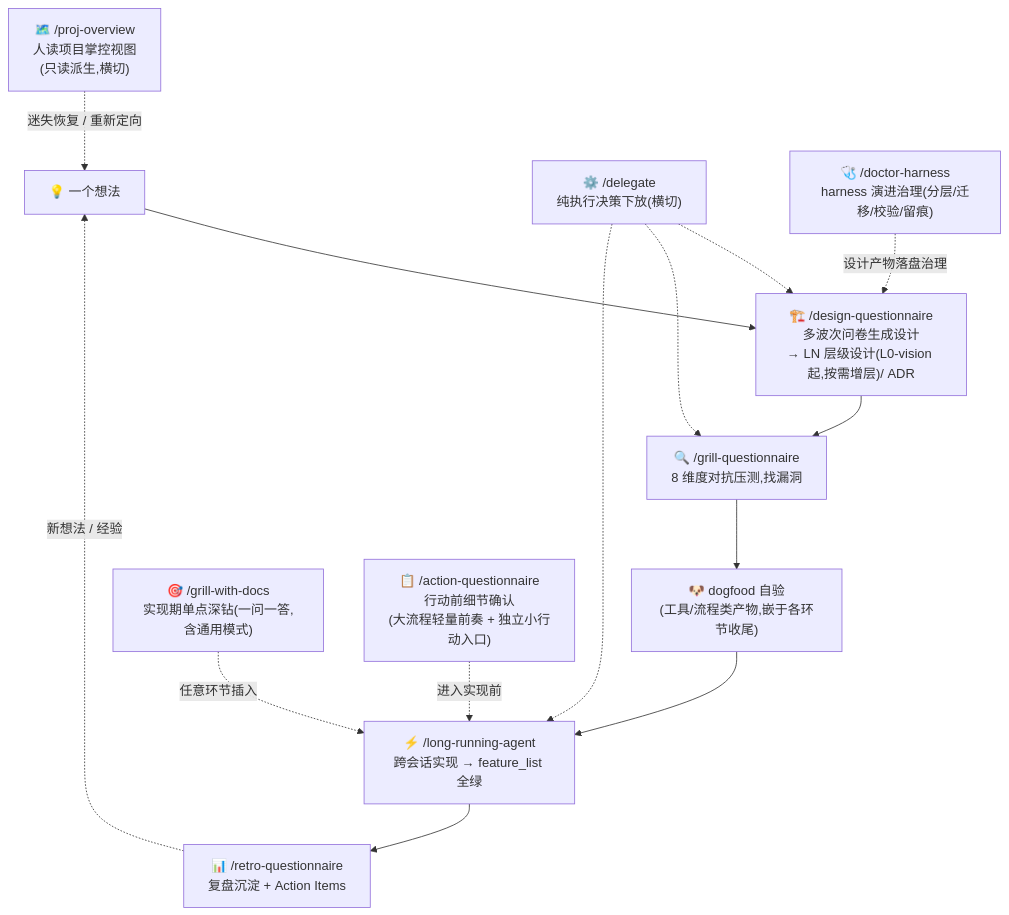
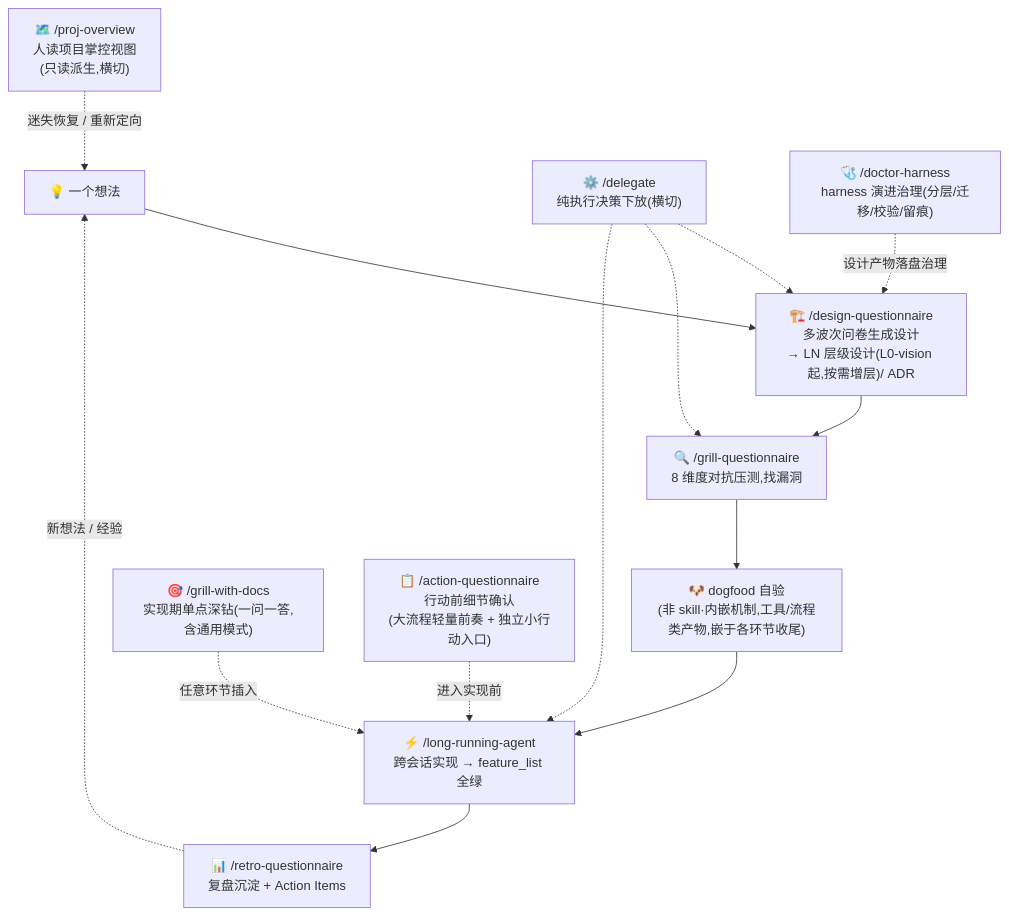
The diagram in README.md (code-cycler/info-driven-ai-se-harness-engineering), drawn with Mermaid before and after one commit. The commit also changed other lines of this file and 67 other files, not shown here.

````diff
--- a/README.md
+++ b/README.md
@@ -46,17 +46,17 @@
 ```mermaid
 flowchart TD
     A["💡 一个想法"] --> B["🏗️ /design-questionnaire<br/>多波次问卷生成设计<br/>→ LN 层级设计(L0-vision 起,按需增层)/ ADR"]
     B --> C["🔍 /grill-questionnaire<br/>8 维度对抗压测,找漏洞"]
-    C --> D["🐶 dogfood 自验<br/>(工具/流程类产物,嵌于各环节收尾)"]
+    C --> D["🐶 dogfood 自验<br/>(非 skill·内嵌机制,工具/流程类产物,嵌于各环节收尾)"]
     D --> E["⚡ /long-running-agent<br/>跨会话实现 → feature_list 全绿"]
     E --> F["📊 /retro-questionnaire<br/>复盘沉淀 + Action Items"]
     F -.->|新想法 / 经验| A
 
     G["🎯 /grill-with-docs<br/>实现期单点深钻(一问一答,含通用模式)"] -.->|任意环节插入| E
     H["⚙️ /delegate<br/>纯执行决策下放(横切)"] -.-> B
     H -.-> C
     H -.-> E
     I["📋 /action-questionnaire<br/>行动前细节确认<br/>(大流程轻量前奏 + 独立小行动入口)"] -.->|进入实现前| E
     J["🩺 /doctor-harness<br/>harness 演进治理(分层/迁移/校验/留痕)"] -.->|设计产物落盘治理| B
     K["🗺️ /proj-overview<br/>人读项目掌控视图<br/>(只读派生,横切)"] -.->|迷失恢复 / 重新定向| A
 ```
````
